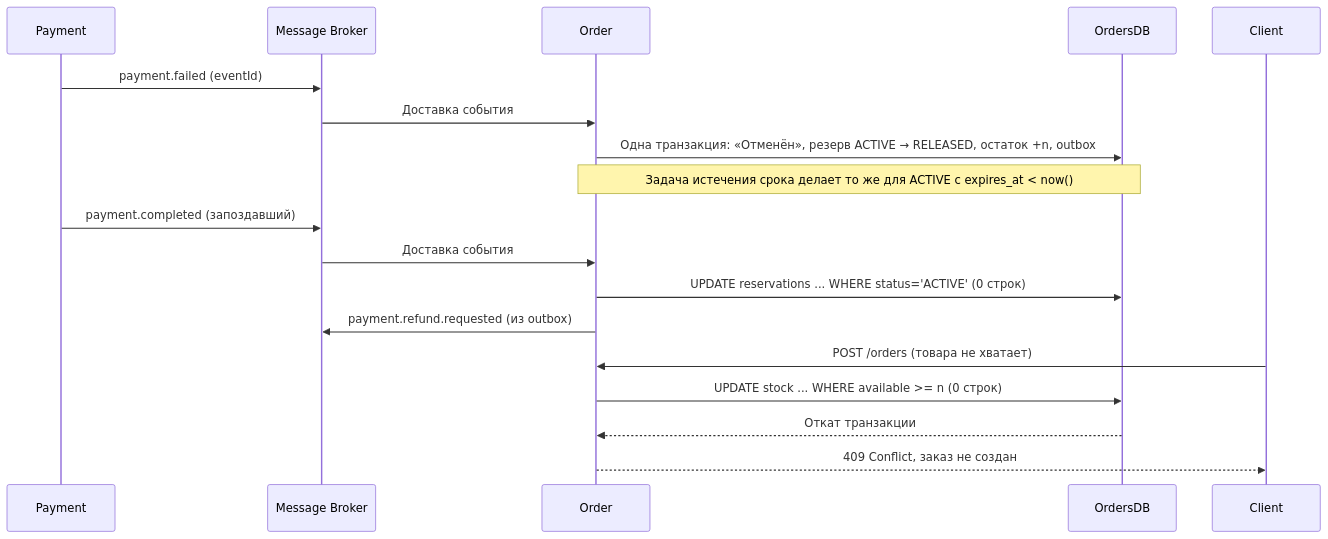
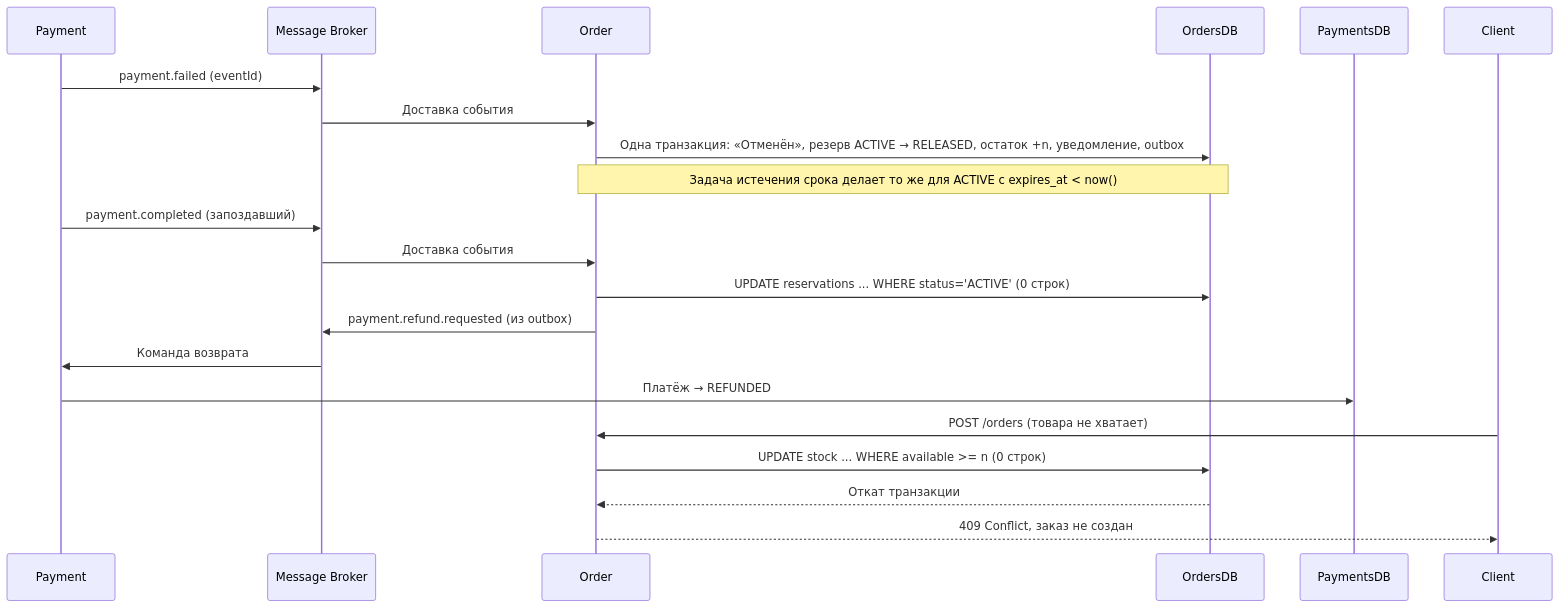
Before and after one commit to spbu-ds-practicum-2026/good_question: the sixth of 10 diagrams in docs/tr.md, drawn with Mermaid. The commit also changed other lines of this file, not shown here.

````diff
--- a/docs/tr.md
+++ b/docs/tr.md
@@ -392,21 +430,24 @@
 ```mermaid
 sequenceDiagram
   participant Payment
   participant Broker as Message Broker
   participant Order
   participant OrdersDB
+  participant PaymentsDB
   participant Client
 
   Payment->>Broker: payment.failed (eventId)
   Broker->>Order: Доставка события
-  Order->>OrdersDB: Одна транзакция: «Отменён», резерв ACTIVE → RELEASED, остаток +n, outbox
+  Order->>OrdersDB: Одна транзакция: «Отменён», резерв ACTIVE → RELEASED, остаток +n, уведомление, outbox
   Note over Order,OrdersDB: Задача истечения срока делает то же для ACTIVE с expires_at < now()
   Payment->>Broker: payment.completed (запоздавший)
   Broker->>Order: Доставка события
   Order->>OrdersDB: UPDATE reservations ... WHERE status='ACTIVE' (0 строк)
   Order->>Broker: payment.refund.requested (из outbox)
+  Broker->>Payment: Команда возврата
+  Payment->>PaymentsDB: Платёж → REFUNDED
   Client->>Order: POST /orders (товара не хватает)
   Order->>OrdersDB: UPDATE stock ... WHERE available >= n (0 строк)
   OrdersDB-->>Order: Откат транзакции
   Order-->>Client: 409 Conflict, заказ не создан
 ```
````
